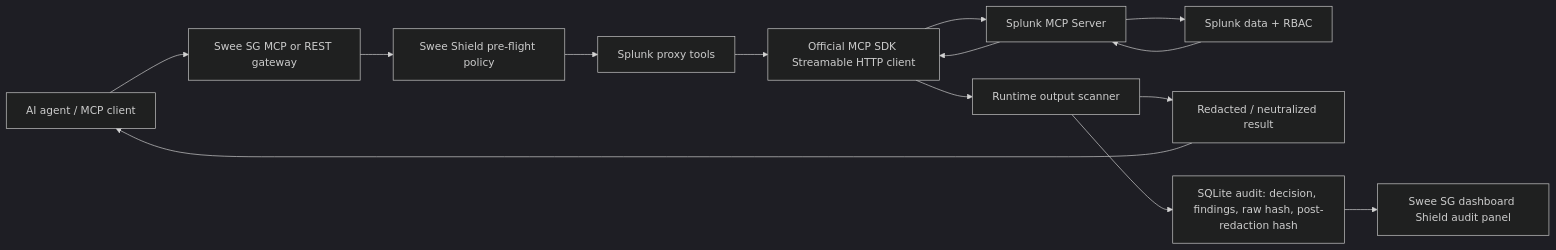
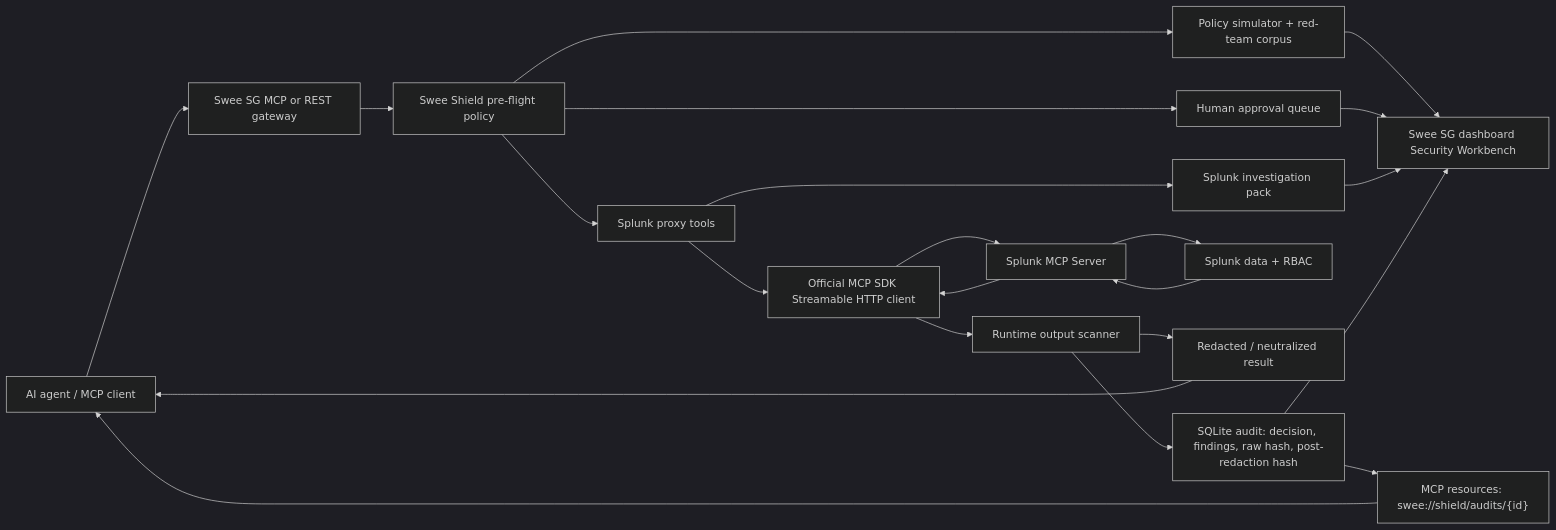
The diagram in architecture_diagram.md (gongahkia/poor-cli), drawn with Mermaid (dark theme) before and after one commit. The commit also changed other lines of this file and 31 other files, not shown here.

````diff
--- a/architecture_diagram.md
+++ b/architecture_diagram.md
@@ -3,14 +3,22 @@
 ```mermaid
 flowchart LR
   Agent["AI agent / MCP client"] --> Swee["Swee SG MCP or REST gateway"]
   Swee --> Policy["Swee Shield pre-flight policy"]
+  Policy --> Simulator["Policy simulator + red-team corpus"]
+  Policy --> Approval["Human approval queue"]
+  Simulator --> Dashboard["Swee SG dashboard Security Workbench"]
+  Approval --> Dashboard
   Policy --> Proxy["Splunk proxy tools"]
+  Proxy --> Pack["Splunk investigation pack"]
   Proxy --> Client["Official MCP SDK Streamable HTTP client"]
   Client --> SplunkMcp["Splunk MCP Server"]
   SplunkMcp --> Splunk["Splunk data + RBAC"]
   Splunk --> SplunkMcp --> Client --> Scanner["Runtime output scanner"]
   Scanner --> Redacted["Redacted / neutralized result"]
   Scanner --> Audit["SQLite audit: decision, findings, raw hash, post-redaction hash"]
+  Audit --> Resources["MCP resources: swee://shield/audits/{id}"]
   Redacted --> Agent
-  Audit --> Dashboard["Swee SG dashboard Shield audit panel"]
+  Pack --> Dashboard
+  Resources --> Agent
+  Audit --> Dashboard
 ```
````
